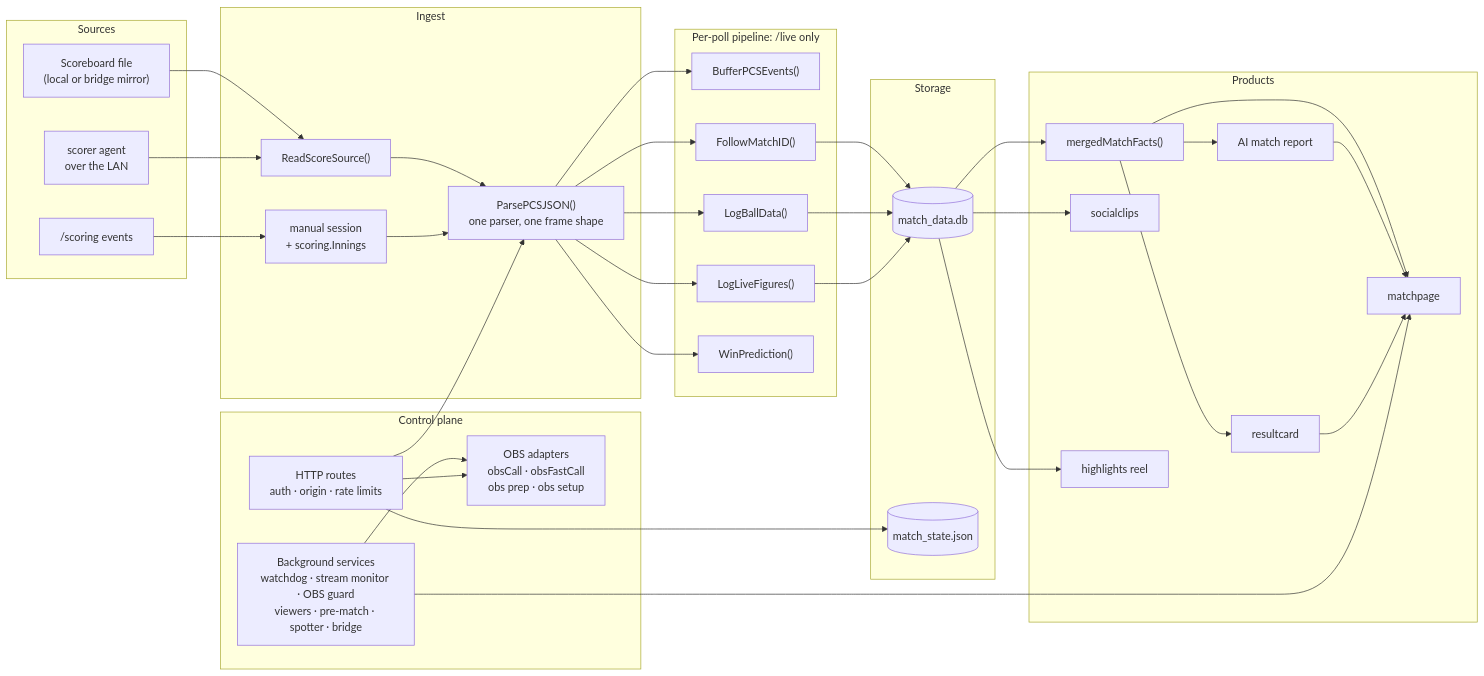
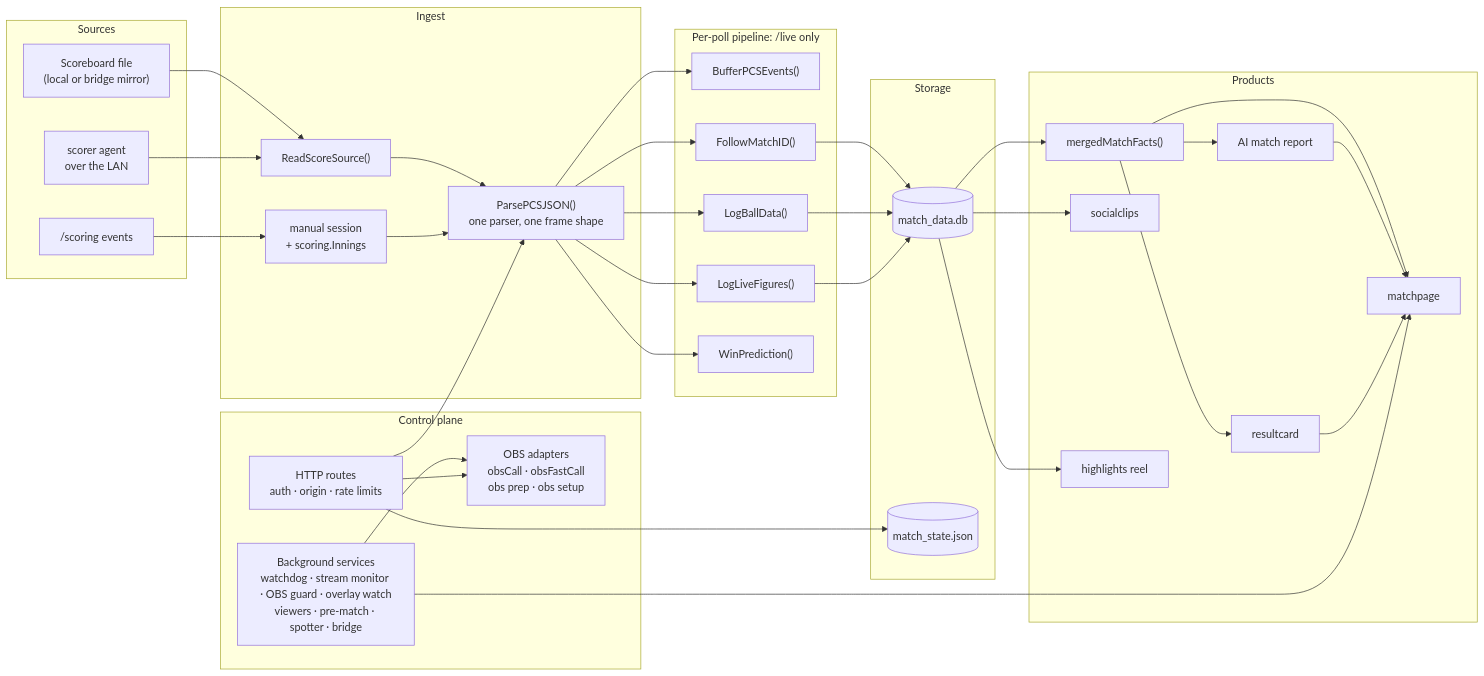
One commit to BridestoweBelstoneCC/Cricket-Live-Stream changed the third of 8 diagrams in ARCHITECTURE.md. Above: the diagram before and after it, drawn with Mermaid. The commit also changed other lines of this file and 1 other file, not shown here.

Commit message:
Document the overlay watch

````diff
--- a/ARCHITECTURE.md
+++ b/ARCHITECTURE.md
@@ -193,69 +193,69 @@
 ```mermaid
 flowchart LR
     subgraph SRC["Sources"]
         f1["Scoreboard file<br/>(local or bridge mirror)"]
         f2["scorer agent<br/>over the LAN"]
         f3["/scoring events"]
     end
 
     subgraph ING["Ingest"]
         rss["ReadScoreSource()"]
         man["manual session<br/>+ scoring.Innings"]
         parse["ParsePCSJSON()<br/>one parser, one frame shape"]
     end
 
     subgraph PIPE["Per-poll pipeline: /live only"]
         ev["BufferPCSEvents()"]
         fm["FollowMatchID()"]
         lb["LogBallData()"]
         lf["LogLiveFigures()"]
         wp["WinPrediction()"]
     end
 
     subgraph STORE["Storage"]
         db[("match_data.db")]
         st[("match_state.json")]
     end
 
     subgraph PROD["Products"]
         facts["mergedMatchFacts()"]
         rep["AI match report"]
         card["resultcard"]
         page["matchpage"]
         clips["socialclips"]
         hl["highlights reel"]
     end
 
     subgraph CTRL["Control plane"]
         routes["HTTP routes<br/>auth · origin · rate limits"]
-        svc["Background services<br/>watchdog · stream monitor · OBS guard<br/>viewers · pre-match · spotter · bridge"]
+        svc["Background services<br/>watchdog · stream monitor · OBS guard · overlay watch<br/>viewers · pre-match · spotter · bridge"]
         obsio["OBS adapters<br/>obsCall · obsFastCall<br/>obs prep · obs setup"]
     end
 
     f1 --> rss
     f2 --> rss
     f3 --> man
     rss --> parse
     man --> parse
     parse --> ev
     parse --> fm
     parse --> lb
     parse --> lf
     parse --> wp
     fm --> db
     lb --> db
     lf --> db
     db --> facts
     facts --> rep
     facts --> card
     facts --> page
     rep --> page
     card --> page
     db --> clips
     db --> hl
     routes --> parse
     routes --> st
     svc --> obsio
     routes --> obsio
     svc --> page
 ```
````
